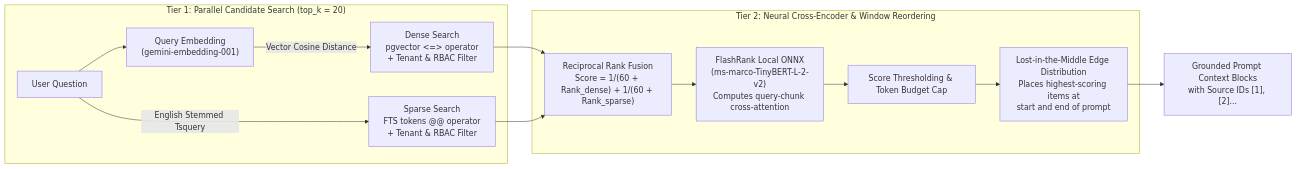
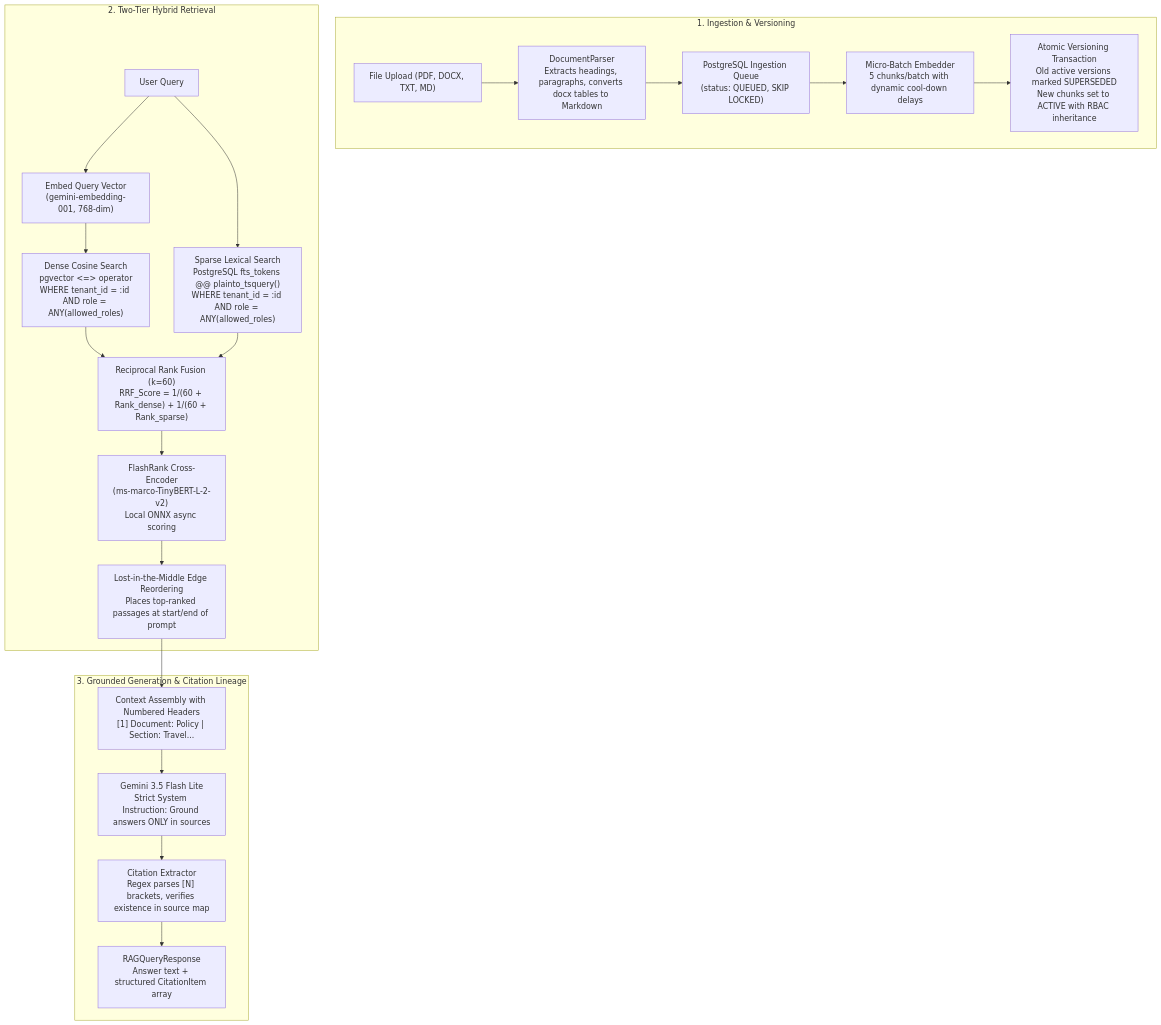
Before and after one commit to mananjaykumar/enterprise-rag-ops-intelligence: the second of 5 diagrams in README.md, drawn with Mermaid. The commit also changed other lines of this file, not shown here.

Commit message:
docs: restructure README format into Problem -> Architecture -> Tech Stack -> RAG -> Agent -> SQL -> Evaluation -> Setup -> Demo

````diff
--- a/README.md
+++ b/README.md
@@ -163,20 +147,26 @@
 ```mermaid
-flowchart LR
-    Query["User Question"] --> Embed["Query Embedding\n(gemini-embedding-001)"]
-    
-    subgraph CandidateRetrieval["Tier 1: Parallel Candidate Search (top_k = 20)"]
-        Embed -->|Vector Cosine Distance| Dense["Dense Search\npgvector <=> operator\n+ Tenant & RBAC Filter"]
-        Query -->|English Stemmed Tsquery| Sparse["Sparse Search\nFTS tokens @@ operator\n+ Tenant & RBAC Filter"]
+flowchart TD
+    subgraph IngestionStage["1. Ingestion & Versioning"]
+        Upload["File Upload (PDF, DOCX, TXT, MD)"] --> ASTParse["DocumentParser\nExtracts headings, paragraphs, converts docx tables to Markdown"]
+        ASTParse --> JobQueue["PostgreSQL Ingestion Queue\n(status: QUEUED, SKIP LOCKED)"]
+        JobQueue --> MicroBatch["Micro-Batch Embedder\n5 chunks/batch with dynamic cool-down delays"]
+        MicroBatch --> Supersede["Atomic Versioning Transaction\nOld active versions marked SUPERSEDED\nNew chunks set to ACTIVE with RBAC inheritance"]
     end
 
-    Dense --> RRF["Reciprocal Rank Fusion\nScore = 1/(60 + Rank_dense) + 1/(60 + Rank_sparse)"]
-    Sparse --> RRF
-
-    subgraph DeepRerank["Tier 2: Neural Cross-Encoder & Window Reordering"]
-        RRF --> CrossEncoder["FlashRank Local ONNX\n(ms-marco-TinyBERT-L-2-v2)\nComputes query-chunk cross-attention"]
-        CrossEncoder --> Pruning["Score Thresholding & Token Budget Cap"]
-        Pruning --> LostInMiddle["Lost-in-the-Middle Edge Distribution\nPlaces highest-scoring items at\nstart and end of prompt"]
+    subgraph TwoTierRetrieval["2. Two-Tier Hybrid Retrieval"]
+        UserQuery["User Query"] --> EmbedQuery["Embed Query Vector\n(gemini-embedding-001, 768-dim)"]
+        EmbedQuery --> DenseSearch["Dense Cosine Search\npgvector <=> operator\nWHERE tenant_id = :id AND role = ANY(allowed_roles)"]
+        UserQuery --> SparseSearch["Sparse Lexical Search\nPostgreSQL fts_tokens @@ plainto_tsquery()\nWHERE tenant_id = :id AND role = ANY(allowed_roles)"]
+        DenseSearch --> RRF["Reciprocal Rank Fusion (k=60)\nRRF_Score = 1/(60 + Rank_dense) + 1/(60 + Rank_sparse)"]
+        SparseSearch --> RRF
+        RRF --> FlashRank["FlashRank Cross-Encoder\n(ms-marco-TinyBERT-L-2-v2)\nLocal ONNX async scoring"]
+        FlashRank --> LostInMiddle["Lost-in-the-Middle Edge Reordering\nPlaces top-ranked passages at start/end of prompt"]
     end
 
-    LostInMiddle --> FinalContext["Grounded Prompt Context Blocks\nwith Source IDs [1], [2]..."]
+    subgraph GroundedGeneration["3. Grounded Generation & Citation Lineage"]
+        LostInMiddle --> PromptBuild["Context Assembly with Numbered Headers\n[1] Document: Policy | Section: Travel..."]
+        PromptBuild --> LLMGen["Gemini 3.5 Flash Lite\nStrict System Instruction: Ground answers ONLY in sources"]
+        LLMGen --> CitExtract["Citation Extractor\nRegex parses [N] brackets, verifies existence in source map"]
+        CitExtract --> Output["RAGQueryResponse\nAnswer text + structured CitationItem array"]
+    end
 ```
````
